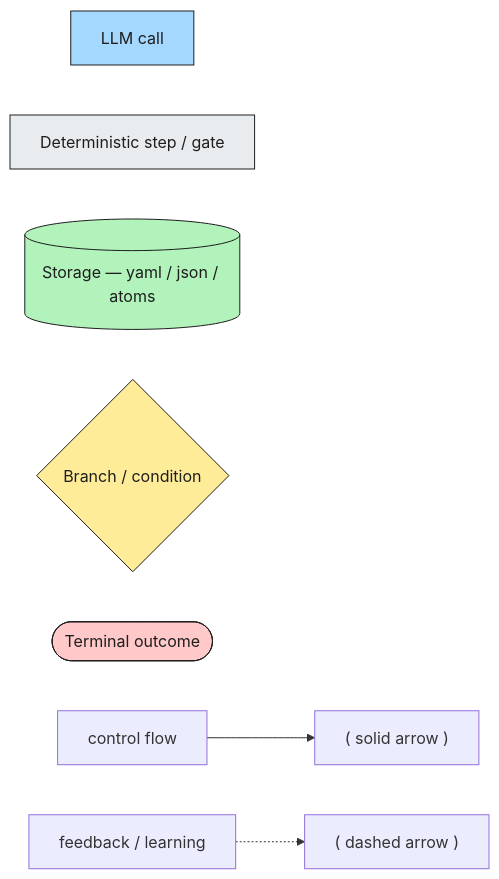
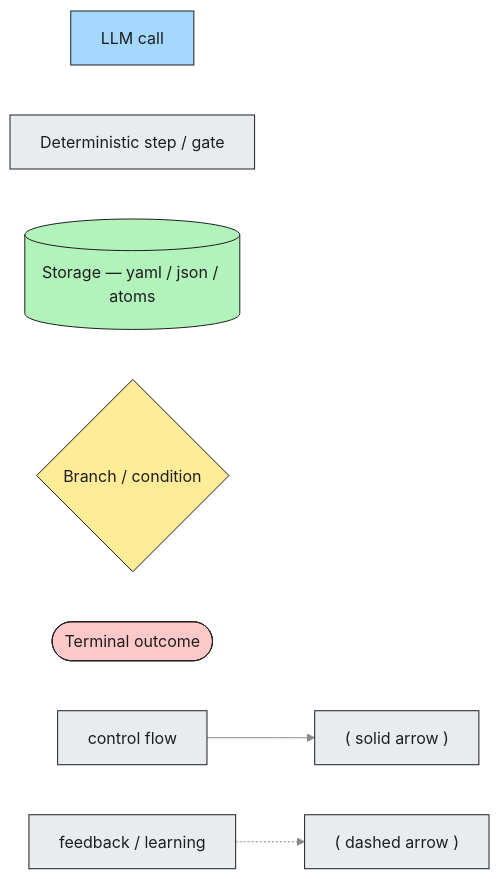
The fifth of 5 diagrams in docs/architecture/agent-architecture-mermaid.md (ikeniborn/ecom1-agent), drawn with Mermaid before and after one commit. The commit also changed other lines of this file and 13 other files, not shown here.

First line of the commit message:
docs(architecture): sync lat.md + mermaid to IR-only pipeline; drop dead SQL gate

````diff
--- a/docs/architecture/agent-architecture-mermaid.md
+++ b/docs/architecture/agent-architecture-mermaid.md
@@ -134,16 +138,17 @@
 ```mermaid
+%%{init: {'theme':'base','themeVariables':{'background':'transparent','lineColor':'#888888','primaryColor':'#e9ecef','primaryTextColor':'#1e1e1e','primaryBorderColor':'#1e1e1e'}}}%%
 flowchart LR
   classDef llm fill:#a5d8ff,stroke:#1e1e1e,color:#1e1e1e
   classDef gate fill:#e9ecef,stroke:#1e1e1e,color:#1e1e1e
   classDef store fill:#b2f2bb,stroke:#1e1e1e,color:#1e1e1e
   classDef branch fill:#ffec99,stroke:#1e1e1e,color:#1e1e1e
   classDef terminal fill:#ffc9c9,stroke:#1e1e1e,color:#1e1e1e
 
   l["LLM call"]:::llm
   g["Deterministic step / gate"]:::gate
   s[("Storage — yaml / json / atoms")]:::store
   b{"Branch / condition"}:::branch
   t(["Terminal outcome"]):::terminal
   c1["control flow"] --> c2["( solid arrow )"]
   f1["feedback / learning"] -.-> f2["( dashed arrow )"]
 ```
````
